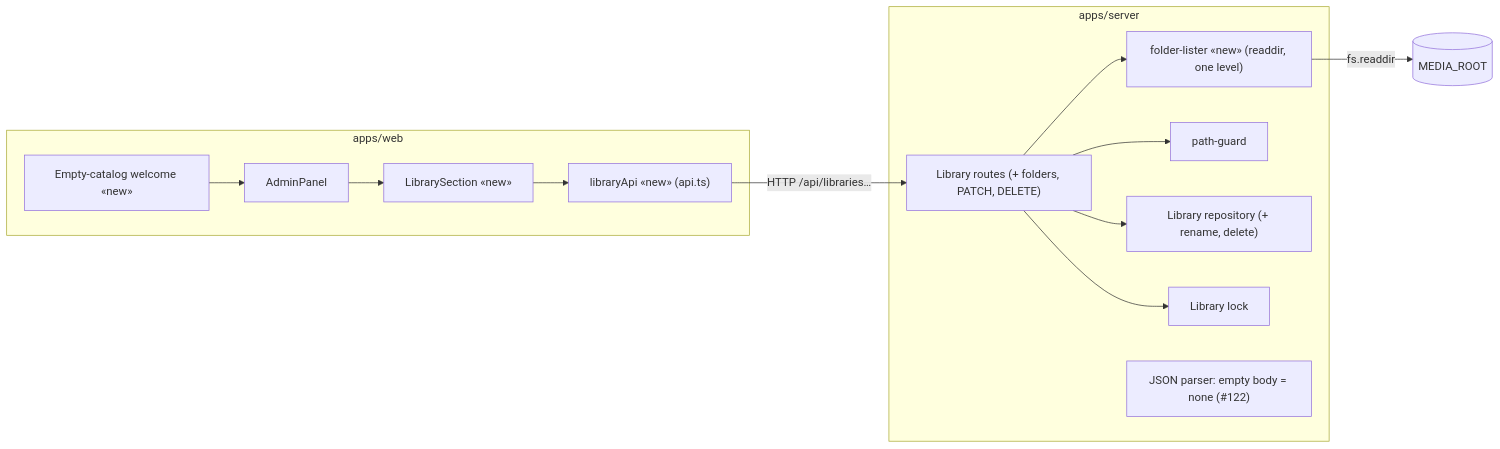
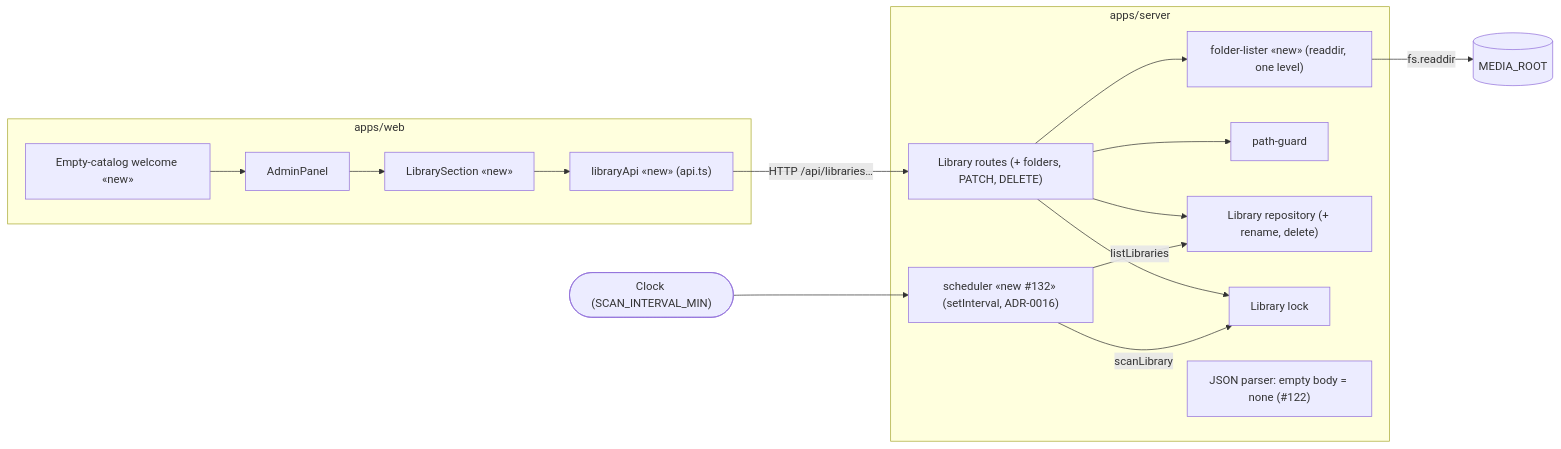
Before and after one commit to benoit-bremaud/popcorntv: the diagram in docs/architecture/diagrams/library/03-component.md, drawn with Mermaid. The commit also changed other lines of this file and 19 other files, not shown here.

First line of the commit message:
feat(library): scan libraries on a schedule (#143)

````diff
--- a/docs/architecture/diagrams/library/03-component.md
+++ b/docs/architecture/diagrams/library/03-component.md
@@ -12,26 +12,30 @@
 ```mermaid
 flowchart LR
   subgraph Web ["apps/web"]
     Admin[AdminPanel]
     LibSec["LibrarySection «new»"]
     Welcome["Empty-catalog welcome «new»"]
     Api["libraryApi «new» (api.ts)"]
     Admin --> LibSec
     Welcome --> Admin
     LibSec --> Api
   end
   subgraph Server ["apps/server"]
     Routes["Library routes (+ folders, PATCH, DELETE)"]
     Folders["folder-lister «new» (readdir, one level)"]
     Guard[path-guard]
     Repo["Library repository (+ rename, delete)"]
     Lock[Library lock]
     Parser["JSON parser: empty body = none (#122)"]
     Routes --> Folders
     Routes --> Guard
     Routes --> Repo
     Routes --> Lock
+    Sched["scheduler «new #132» (setInterval, ADR-0016)"]
+    Sched -->|"listLibraries"| Repo
+    Sched -->|"scanLibrary"| Lock
   end
+  Clock(["Clock (SCAN_INTERVAL_MIN)"]) --> Sched
   Api -->|"HTTP /api/libraries…"| Routes
   Folders -->|"fs.readdir"| FS[("MEDIA_ROOT")]
 ```
````
